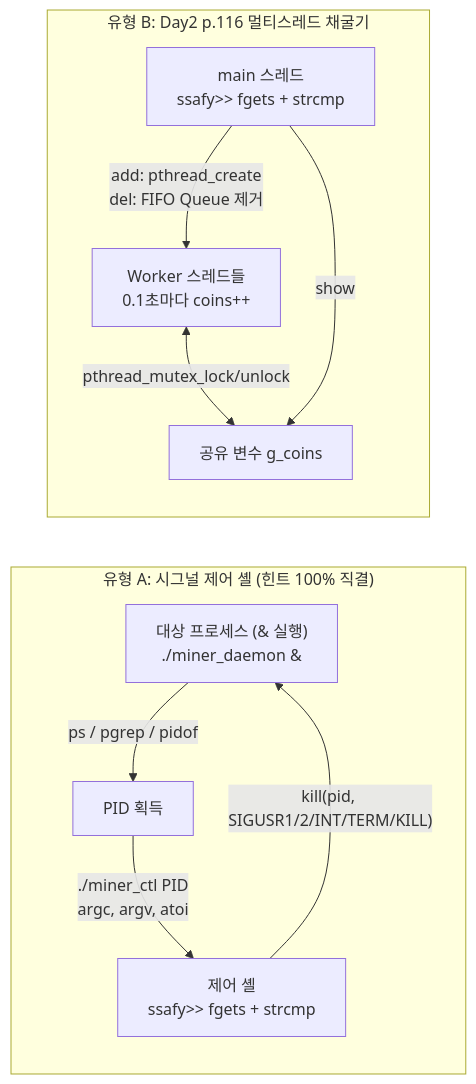
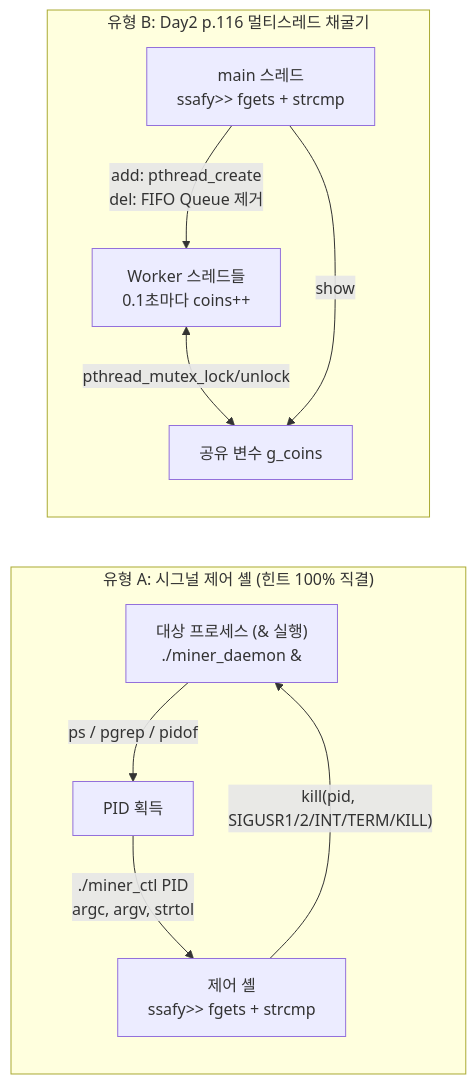
The diagram in EXAM_GUIDE.md (hoyneed/linux_system_practice), drawn with Mermaid before and after one commit. The commit also changed other lines of this file and 2 other files, not shown here.

Commit message:
strtol 통일

````diff
--- a/EXAM_GUIDE.md
+++ b/EXAM_GUIDE.md
@@ -35,14 +35,14 @@
 ```mermaid
 flowchart LR
     subgraph TypeA["유형 A: 시그널 제어 셸 (힌트 100% 직결)"]
         D["대상 프로세스 (&amp; 실행)<br/>./miner_daemon &amp;"] -->|"ps / pgrep / pidof"| PID["PID 획득"]
-        PID -->|"./miner_ctl PID<br/>argc, argv, atoi"| CTL["제어 셸<br/>ssafy>> fgets + strcmp"]
+        PID -->|"./miner_ctl PID<br/>argc, argv, strtol"| CTL["제어 셸<br/>ssafy>> fgets + strcmp"]
         CTL -->|"kill(pid, SIGUSR1/2/INT/TERM/KILL)"| D
     end
 
     subgraph TypeB["유형 B: Day2 p.116 멀티스레드 채굴기"]
         MAIN["main 스레드<br/>ssafy>> fgets + strcmp"] -->|"add: pthread_create<br/>del: FIFO Queue 제거"| WORKERS["Worker 스레드들<br/>0.1초마다 coins++"]
         WORKERS <-->|"pthread_mutex_lock/unlock"| COINS["공유 변수 g_coins"]
         MAIN -->|"show"| COINS
     end
 ```
````
